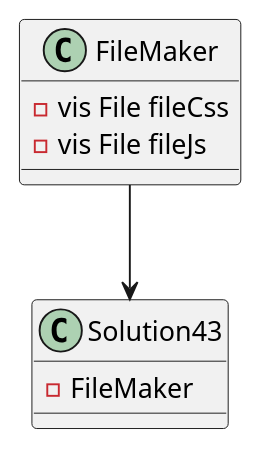
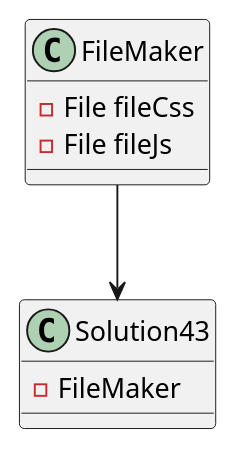
One commit to Dbug100/Murphy-a04 changed the diagram in exercise43/docs/classes.puml. Above: the diagram before and after it, drawn with PlantUML. The commit also changed 32 other files, not shown here.

```diff
--- a/exercise43/docs/classes.puml
+++ b/exercise43/docs/classes.puml
@@ -1,11 +1,11 @@
 @startuml
 class Solution43{
 - FileMaker
 }
 
 class FileMaker{
- -vis File fileCss
- -vis File fileJs
+ -File fileCss
+ - File fileJs
 }
 FileMaker --> Solution43
 @enduml
```
